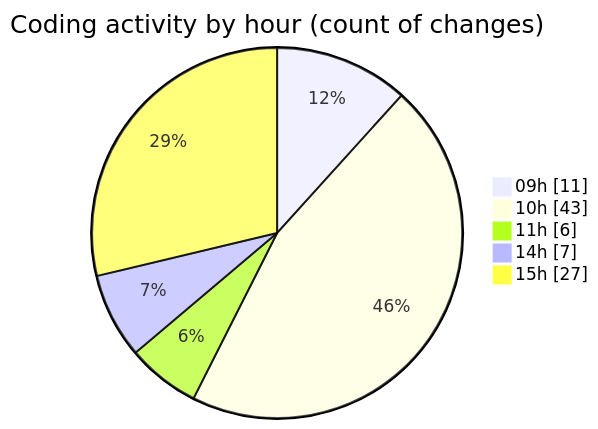
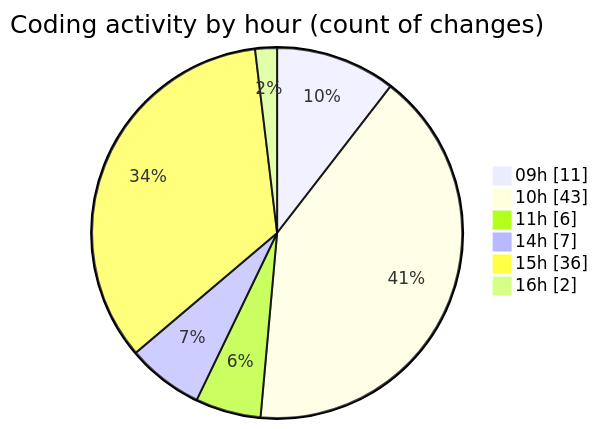
Before and after one commit to CELIANVF/code-tracking: the second of 2 diagrams in 2025-05-27/ecodeli-1/README.md, drawn with Mermaid. The commit also changed other lines of this file and 1 other file, not shown here.

````diff
--- a/2025-05-27/ecodeli-1/README.md
+++ b/2025-05-27/ecodeli-1/README.md
@@ -54,9 +60,10 @@
 ```mermaid
 pie showData
 title Coding activity by hour (count of changes)
 "09h" : 11
 "10h" : 43
 "11h" : 6
 "14h" : 7
-"15h" : 27
+"15h" : 36
+"16h" : 2
 ```
````
